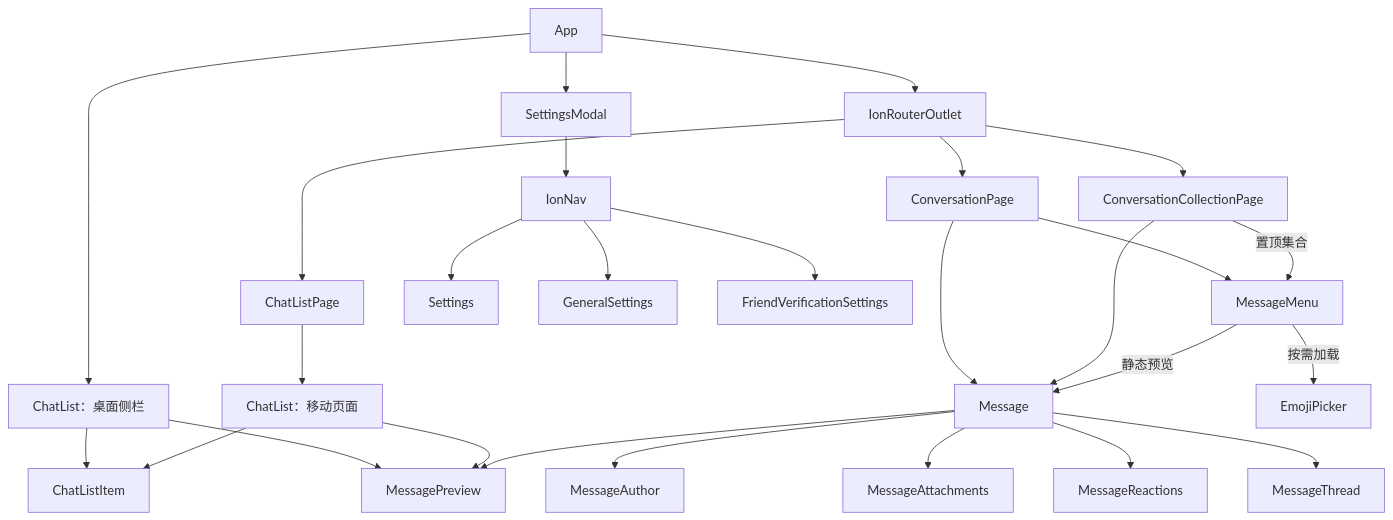
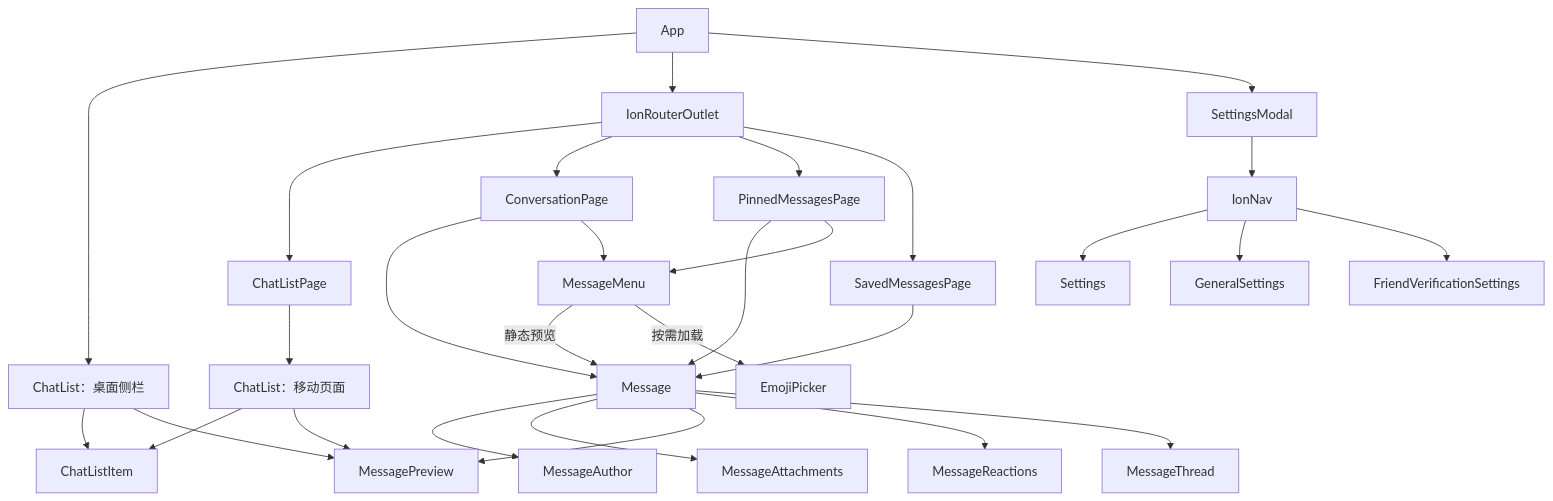
The diagram in wetty-chat-mobile/docs/components.md (chahua-im/chahua), drawn with Mermaid before and after one commit. The commit also changed other lines of this file and 91 other files, not shown here.

Commit message:
Refactor application architecture and remove obsolete code

````diff
--- a/wetty-chat-mobile/docs/components.md
+++ b/wetty-chat-mobile/docs/components.md
@@ -7,29 +7,31 @@
 ```mermaid
 flowchart TD
   APP[App] --> LIST[ChatList：桌面侧栏]
   APP --> OUTLET[IonRouterOutlet]
   OUTLET --> LISTPAGE[ChatListPage]
   LISTPAGE --> MOBILE[ChatList：移动页面]
   OUTLET --> CONV[ConversationPage]
-  OUTLET --> COLL[ConversationCollectionPage]
+  OUTLET --> PINS[PinnedMessagesPage]
+  OUTLET --> SAVED[SavedMessagesPage]
   LIST --> ITEM[ChatListItem]
   MOBILE --> ITEM
   LIST --> PREVIEW[MessagePreview]
   MOBILE --> PREVIEW
   CONV --> MSG[Message]
-  COLL --> MSG
+  PINS --> MSG
+  SAVED --> MSG
   CONV --> MENU[MessageMenu]
-  COLL -->|置顶集合| MENU
+  PINS --> MENU
   MENU -->|静态预览| MSG
   MENU -->|按需加载| EMOJI[EmojiPicker]
   MSG --> AUTHOR[MessageAuthor]
   MSG --> ATTACH[MessageAttachments]
   MSG --> PREVIEW
   MSG --> REACT[MessageReactions]
   MSG --> THREAD[MessageThread]
   APP --> SETTINGS_MODAL[SettingsModal]
   SETTINGS_MODAL --> NAV[IonNav]
   NAV --> SETTINGS[Settings]
   NAV --> GENERAL[GeneralSettings]
   NAV --> VERIFY[FriendVerificationSettings]
 ```
````
